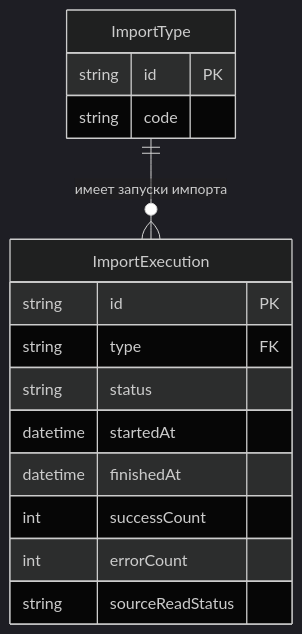
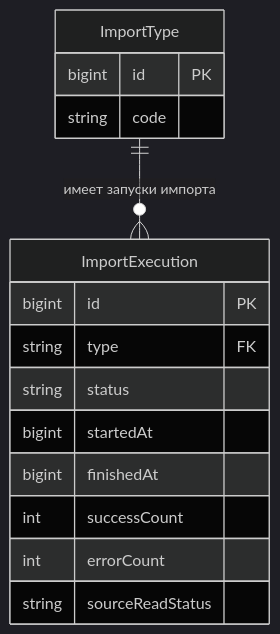
The diagram in system-analytics/services/data-importer/index.md (it-mentor-community-platform/meta), drawn with Mermaid (dark theme) before and after one commit. The commit also changed other lines of this file, not shown here.

Commit message:
system-analytics: data-importer - fix db scheme types and remove redundant links
Updated data types for ID fields and timestamps in the data importer documentation.

````diff
--- a/system-analytics/services/data-importer/index.md
+++ b/system-analytics/services/data-importer/index.md
@@ -29,20 +29,20 @@
 ```mermaid
 erDiagram
     ImportType ||--o{ ImportExecution : "имеет запуски импорта"
 
     ImportType {
-        string id PK
+        bigint id PK
         string code
     }
 
     ImportExecution {
-        string id PK
+        bigint id PK
         string type FK
         string status
-        datetime startedAt
-        datetime finishedAt
+        bigint startedAt
+        bigint finishedAt
         int successCount
         int errorCount
         string sourceReadStatus
     }
 ```
````
